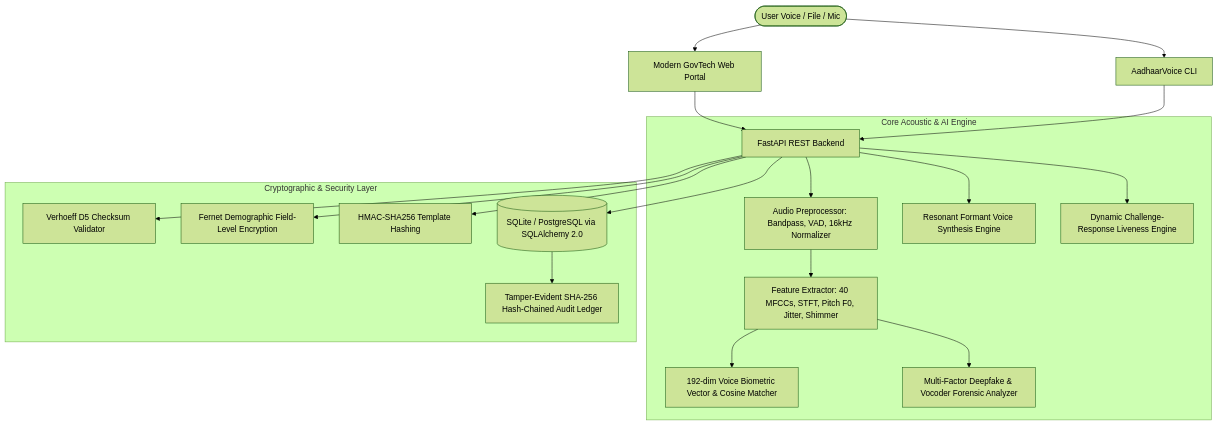
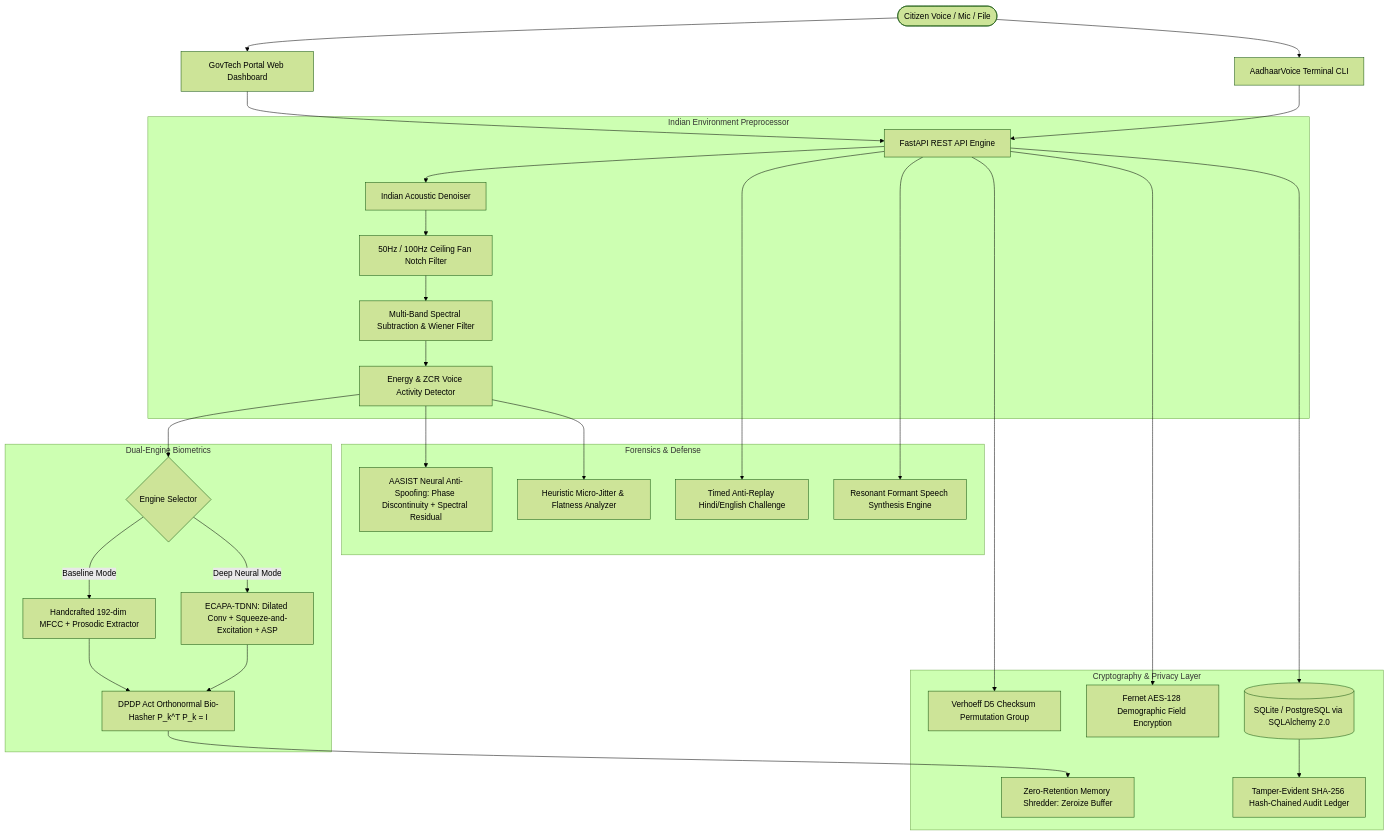
Before and after one commit to VimalN2005/AadhaarVoice: the diagram in README.md, drawn with Mermaid (forest theme). The commit also changed other lines of this file and 14 other files, not shown here.

Commit message:
feat: upgrade to research-grade deep tech system with ECAPA-TDNN, AASIST, Indian denoiser, and DPDP Act compliance

````diff
--- a/README.md
+++ b/README.md
@@ -29,24 +57,37 @@
 ```mermaid
 graph TD
-    User([User Voice / File / Mic]) --> Frontend[Modern GovTech Web Portal]
-    User --> CLI[AadhaarVoice CLI]
-    Frontend --> FastAPI[FastAPI REST Backend]
+    User([Citizen Voice / Mic / File]) --> Web[GovTech Portal Web Dashboard]
+    User --> CLI[AadhaarVoice Terminal CLI]
+    Web --> FastAPI[FastAPI REST API Engine]
     CLI --> FastAPI
 
-    subgraph Core Acoustic & AI Engine
-        FastAPI --> AudioProc[Audio Preprocessor: Bandpass, VAD, 16kHz Normalizer]
-        AudioProc --> FeatExtract[Feature Extractor: 40 MFCCs, STFT, Pitch F0, Jitter, Shimmer]
-        FeatExtract --> Biometrics[192-dim Voice Biometric Vector & Cosine Matcher]
-        FeatExtract --> DeepfakeDet[Multi-Factor Deepfake & Vocoder Forensic Analyzer]
-        FastAPI --> VoiceClone[Resonant Formant Voice Synthesis Engine]
-        FastAPI --> LivenessEngine[Dynamic Challenge-Response Liveness Engine]
+    subgraph Indian Environment Preprocessor
+        FastAPI --> Denoiser[Indian Acoustic Denoiser]
+        Denoiser --> Notch[50Hz / 100Hz Ceiling Fan Notch Filter]
+        Notch --> Wiener[Multi-Band Spectral Subtraction & Wiener Filter]
+        Wiener --> VAD[Energy & ZCR Voice Activity Detector]
     end
 
-    subgraph Cryptographic & Security Layer
-        FastAPI --> Verhoeff[Verhoeff D5 Checksum Validator]
-        FastAPI --> Encryption[Fernet Demographic Field-Level Encryption]
-        FastAPI --> HashEngine[HMAC-SHA256 Template Hashing]
+    subgraph Dual-Engine Biometrics
+        VAD --> EngineSwitch{Engine Selector}
+        EngineSwitch -->|Baseline Mode| MFCC[Handcrafted 192-dim MFCC + Prosodic Extractor]
+        EngineSwitch -->|Deep Neural Mode| ECAPA[ECAPA-TDNN: Dilated Conv + Squeeze-and-Excitation + ASP]
+        ECAPA --> OrthonormalHash[DPDP Act Orthonormal Bio-Hasher P_k^T P_k = I]
+        MFCC --> OrthonormalHash
+    end
+
+    subgraph Forensics & Defense
+        VAD --> AASIST[AASIST Neural Anti-Spoofing: Phase Discontinuity + Spectral Residual]
+        VAD --> MicroJitter[Heuristic Micro-Jitter & Flatness Analyzer]
+        FastAPI --> Liveness[Timed Anti-Replay Hindi/English Challenge]
+        FastAPI --> VoiceClone[Resonant Formant Speech Synthesis Engine]
+    end
+
+    subgraph Cryptography & Privacy Layer
+        OrthonormalHash --> Shredder[Zero-Retention Memory Shredder: Zeroize Buffer]
+        FastAPI --> Verhoeff[Verhoeff D5 Checksum Permutation Group]
+        FastAPI --> FieldEnc[Fernet AES-128 Demographic Field Encryption]
         FastAPI --> DB[(SQLite / PostgreSQL via SQLAlchemy 2.0)]
         DB --> Ledger[Tamper-Evident SHA-256 Hash-Chained Audit Ledger]
     end
 ```
````
